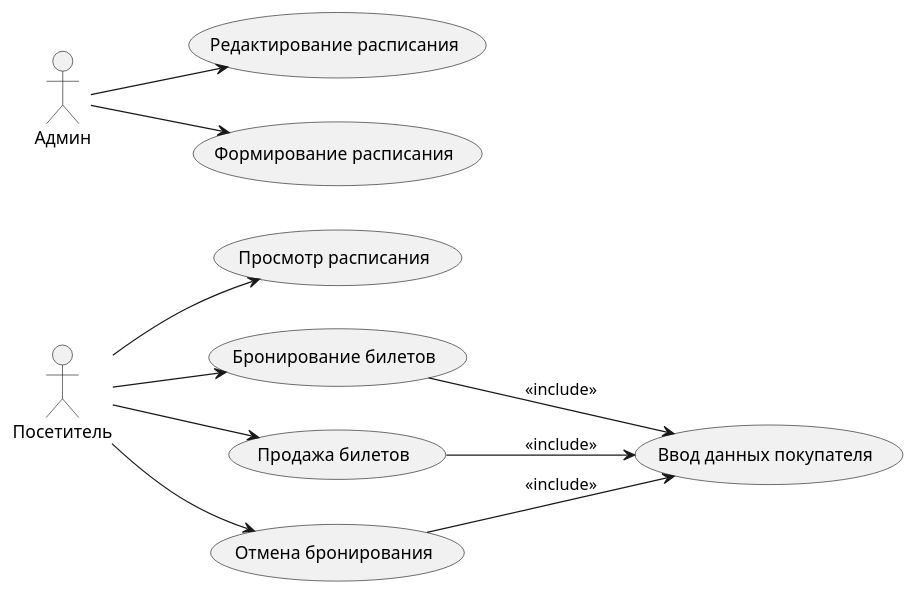
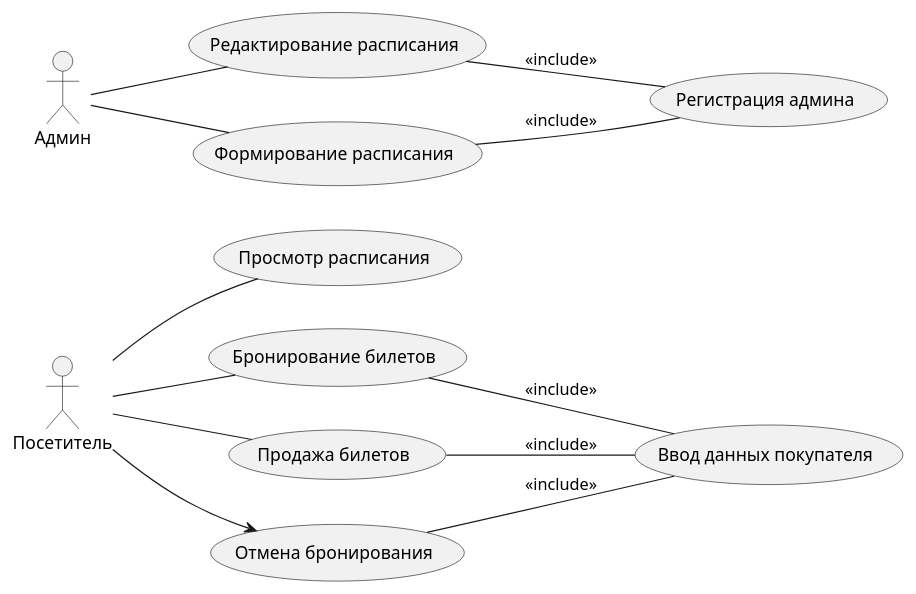
The diagram in Usecase.puml (zirsty/githublab3), drawn with PlantUML before and after one commit. The commit also changed 4 other files, not shown here.

```diff
--- a/Usecase.puml
+++ b/Usecase.puml
@@ -1,18 +1,20 @@
 @startuml
 left to right direction
 actor Посетитель
 actor Админ
 
-Посетитель --> (Просмотр расписания)
-Посетитель --> (Бронирование билетов)
-Посетитель --> (Продажа билетов)
-Посетитель --> (Отмена бронирования)
+Посетитель -- (Просмотр расписания)
+Посетитель -- (Бронирование билетов)
+Посетитель -- (Продажа билетов)
+Посетитель -->(Отмена бронирования)
 
-(Бронирование билетов) --> (Ввод данных покупателя) : <<include>>
-(Продажа билетов) --> (Ввод данных покупателя) : <<include>>
-(Отмена бронирования) --> (Ввод данных покупателя) : <<include>>
+(Бронирование билетов) -- (Ввод данных покупателя) : <<include>>
+(Продажа билетов) -- (Ввод данных покупателя) : <<include>>
+(Отмена бронирования) -- (Ввод данных покупателя) : <<include>>
 
-Админ --> (Редактирование расписания)
-Админ --> (Формирование расписания)
+Админ -- (Редактирование расписания)
+Админ -- (Формирование расписания)
 
+(Редактирование расписания) -- (Регистрация админа) : <<include>>
+(Формирование расписания) -- (Регистрация админа) : <<include>>
 @enduml
```
